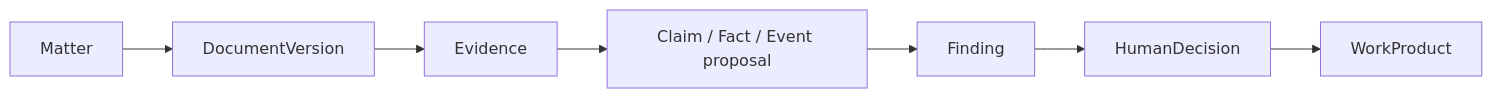
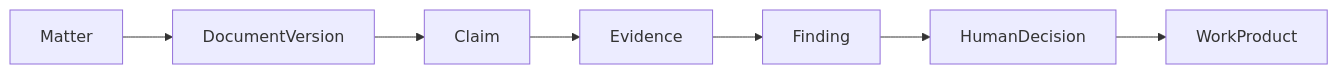
Before and after one commit to ProfessorZhi/Zuno: the fifth of 14 diagrams in docs/architecture/architecture-views.md, drawn with Mermaid. The commit also changed other lines of this file and 14 other files, not shown here.

Commit message:
docs: apply round 02 architecture revision

````diff
--- a/docs/architecture/architecture-views.md
+++ b/docs/architecture/architecture-views.md
@@ -110,9 +90,9 @@
 ```mermaid
 flowchart LR
   MATTER[Matter] --> DOC[DocumentVersion]
-  DOC --> EVIDENCE[Evidence]
-  EVIDENCE --> CLAIM[Claim / Fact / Event proposal]
-  CLAIM --> FINDING[Finding]
-  FINDING --> DECISION[HumanDecision]
-  DECISION --> PRODUCT[WorkProduct]
+  DOC --> CLAIM[Claim]
+  CLAIM --> EVIDENCE[Evidence]
+  EVIDENCE --> FINDING[Finding]
+  FINDING --> HUMAN[HumanDecision]
+  HUMAN --> PRODUCT[WorkProduct]
 ```
````
